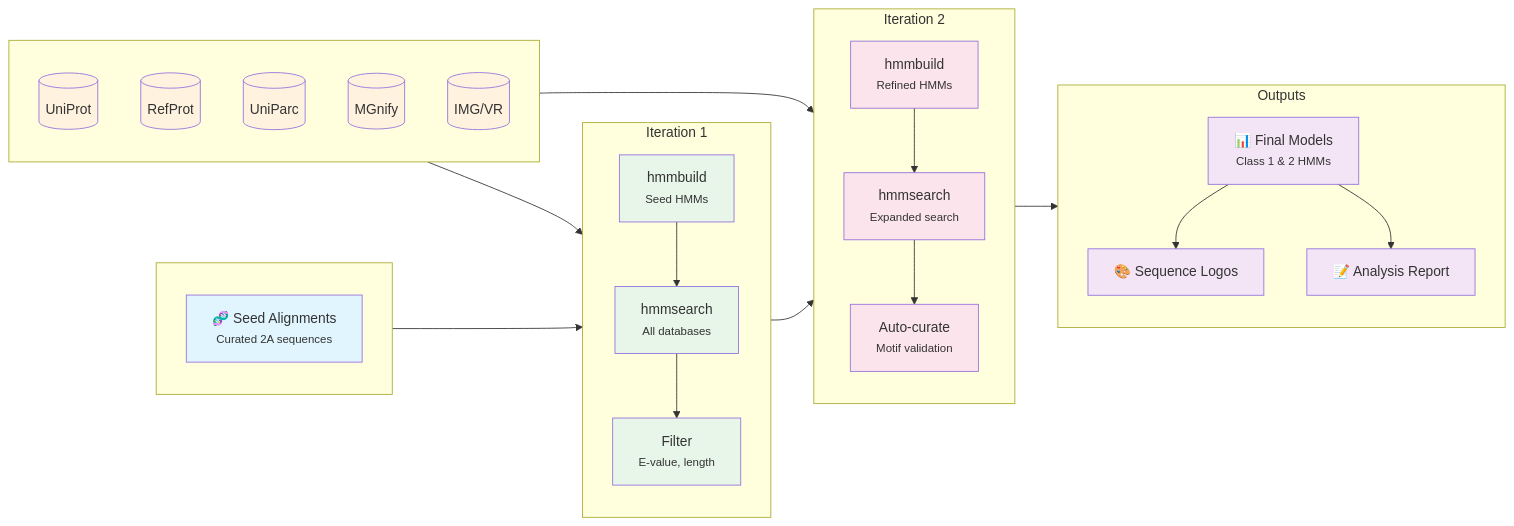
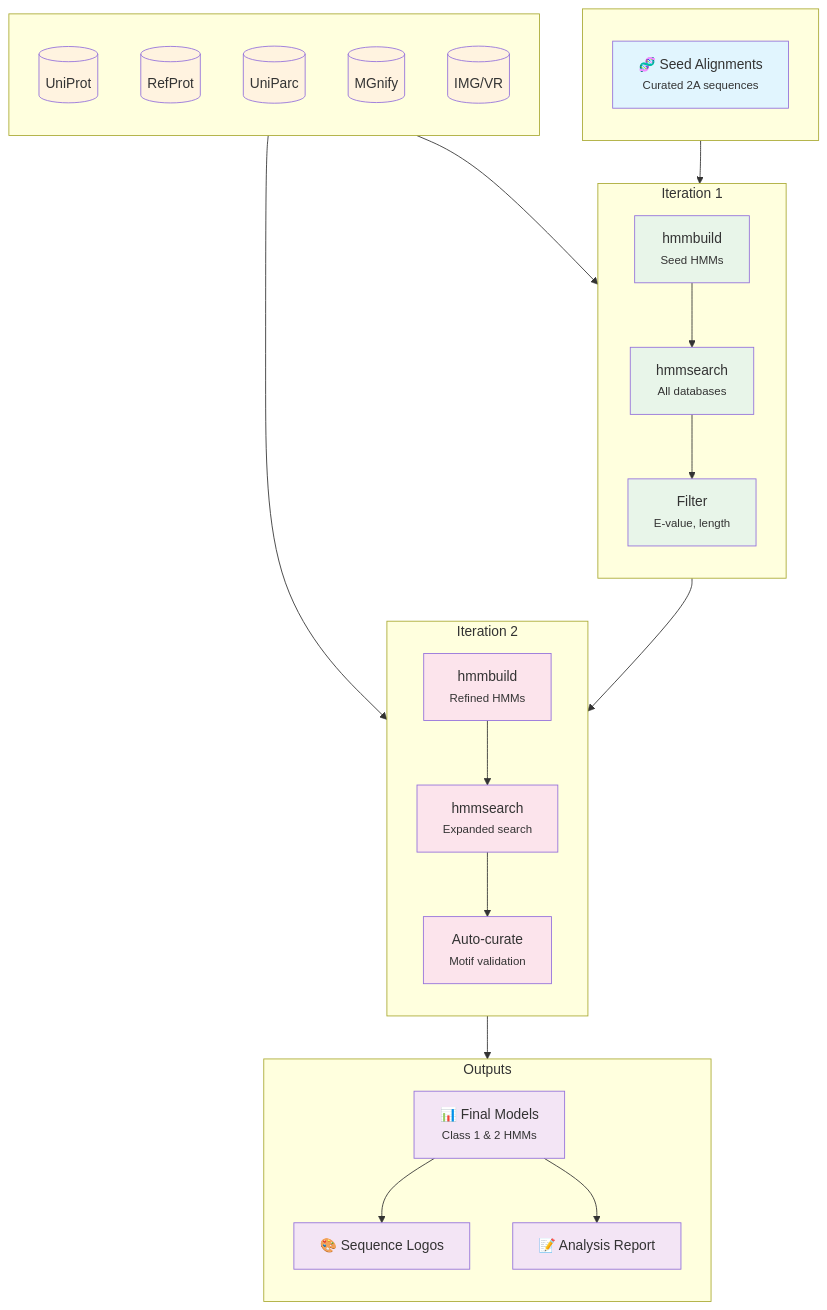
One commit to rnabioco/2a-peptide-search changed the diagram in analysis/index.qmd. Above: the diagram before and after it, drawn with Mermaid. The commit also changed 9 other files, not shown here.

````diff
--- a/analysis/index.qmd
+++ b/analysis/index.qmd
@@ -39,66 +39,66 @@
 ```{mermaid}
 %%| label: fig-pipeline
 %%| fig-cap: "Complete workflow for 2A peptide and ribosomal stalling peptide discovery"
-flowchart LR
+flowchart TB
     subgraph inputs[" "]
         direction TB
         Seeds["🧬 Seed Alignments<br/><small>Curated 2A sequences</small>"]
         style Seeds fill:#e1f5fe
     end
 
     subgraph databases[" "]
         direction TB
         UniProt[(UniProt)]
         RefProt[(RefProt)]
         UniParc[(UniParc)]
         MGnify[(MGnify)]
         IMGVR[(IMG/VR)]
         style UniProt fill:#fff3e0
         style RefProt fill:#fff3e0
         style UniParc fill:#fff3e0
         style MGnify fill:#fff3e0
         style IMGVR fill:#fff3e0
     end
 
     subgraph iteration1["Iteration 1"]
         direction TB
         HMM1["hmmbuild<br/><small>Seed HMMs</small>"]
         Search1["hmmsearch<br/><small>All databases</small>"]
         Filter1["Filter<br/><small>E-value, length</small>"]
         style HMM1 fill:#e8f5e9
         style Search1 fill:#e8f5e9
         style Filter1 fill:#e8f5e9
     end
 
     subgraph iteration2["Iteration 2"]
         direction TB
         HMM2["hmmbuild<br/><small>Refined HMMs</small>"]
         Search2["hmmsearch<br/><small>Expanded search</small>"]
         Curate["Auto-curate<br/><small>Motif validation</small>"]
         style HMM2 fill:#fce4ec
         style Search2 fill:#fce4ec
         style Curate fill:#fce4ec
     end
 
     subgraph outputs["Outputs"]
         direction TB
         FinalHMM["📊 Final Models<br/><small>Class 1 & 2 HMMs</small>"]
         Logos["🎨 Sequence Logos"]
         Report["📝 Analysis Report"]
         style FinalHMM fill:#f3e5f5
         style Logos fill:#f3e5f5
         style Report fill:#f3e5f5
     end
 
     Seeds --> HMM1
     HMM1 --> Search1
     databases --> Search1
     Search1 --> Filter1
     Filter1 --> HMM2
     HMM2 --> Search2
     databases --> Search2
     Search2 --> Curate
     Curate --> FinalHMM
     FinalHMM --> Logos
     FinalHMM --> Report
 ```
````
